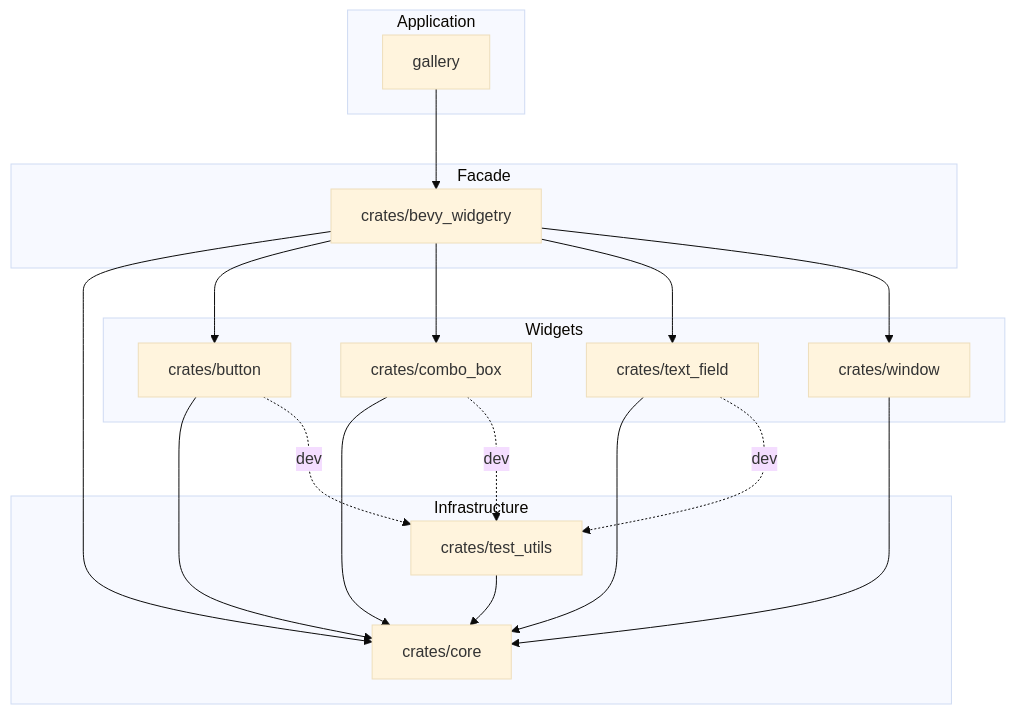
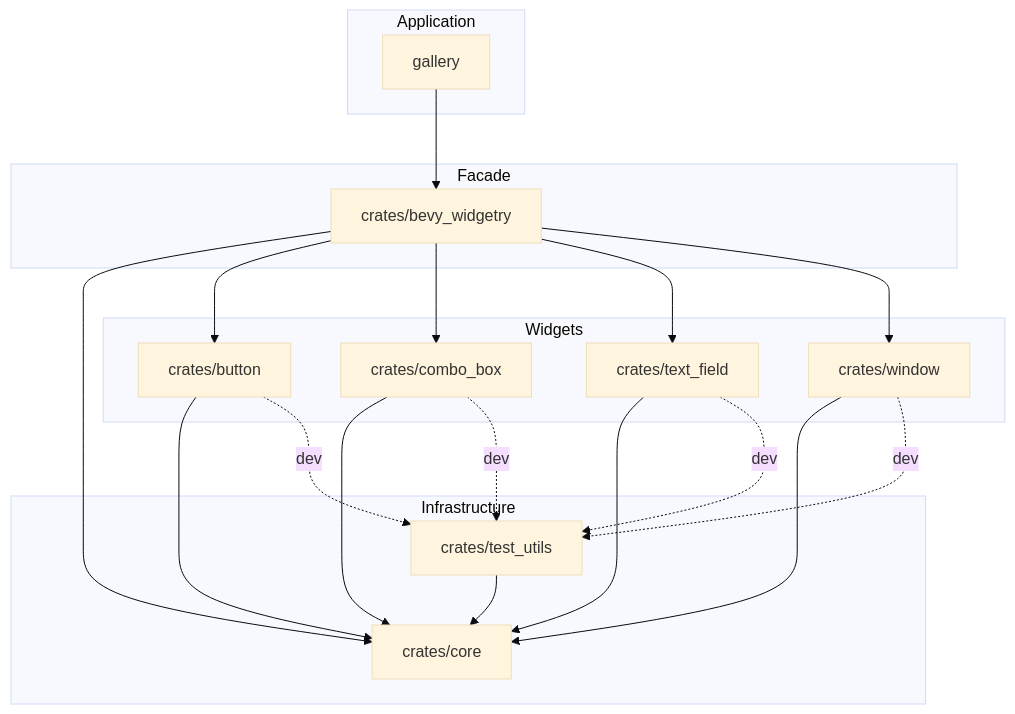
One commit to slc90/bevy_widgetry changed the diagram in docs/architecture.md. Above: the diagram before and after it, drawn with Mermaid (base theme). The commit also changed other lines of this file and 27 other files, not shown here.

````diff
--- a/docs/architecture.md
+++ b/docs/architecture.md
@@ -71,41 +77,42 @@
 ```mermaid
 flowchart TD
     subgraph Application
         gallery["gallery"]
     end
 
     subgraph Facade
         widgetry["crates/bevy_widgetry"]
     end
 
     subgraph Widgets
         button["crates/button"]
         combo_box["crates/combo_box"]
         text_field["crates/text_field"]
         window["crates/window"]
     end
 
     subgraph Infrastructure
         core["crates/core"]
         test_utils["crates/test_utils"]
     end
 
     gallery --> widgetry
 
     widgetry --> core
     widgetry --> button
     widgetry --> combo_box
     widgetry --> text_field
     widgetry --> window
 
     button --> core
     combo_box --> core
     text_field --> core
     window --> core
 
     test_utils --> core
 
     button -. dev .-> test_utils
     combo_box -. dev .-> test_utils
     text_field -. dev .-> test_utils
+    window -. dev .-> test_utils
 ```
````
